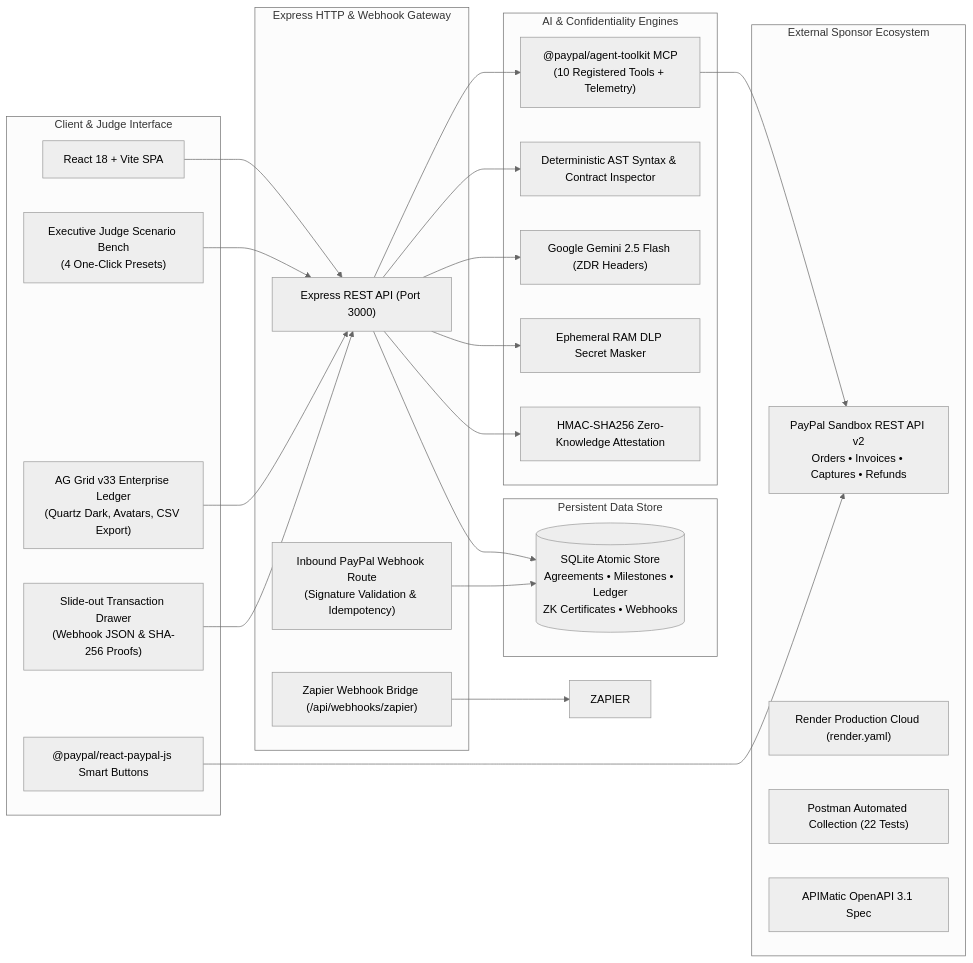
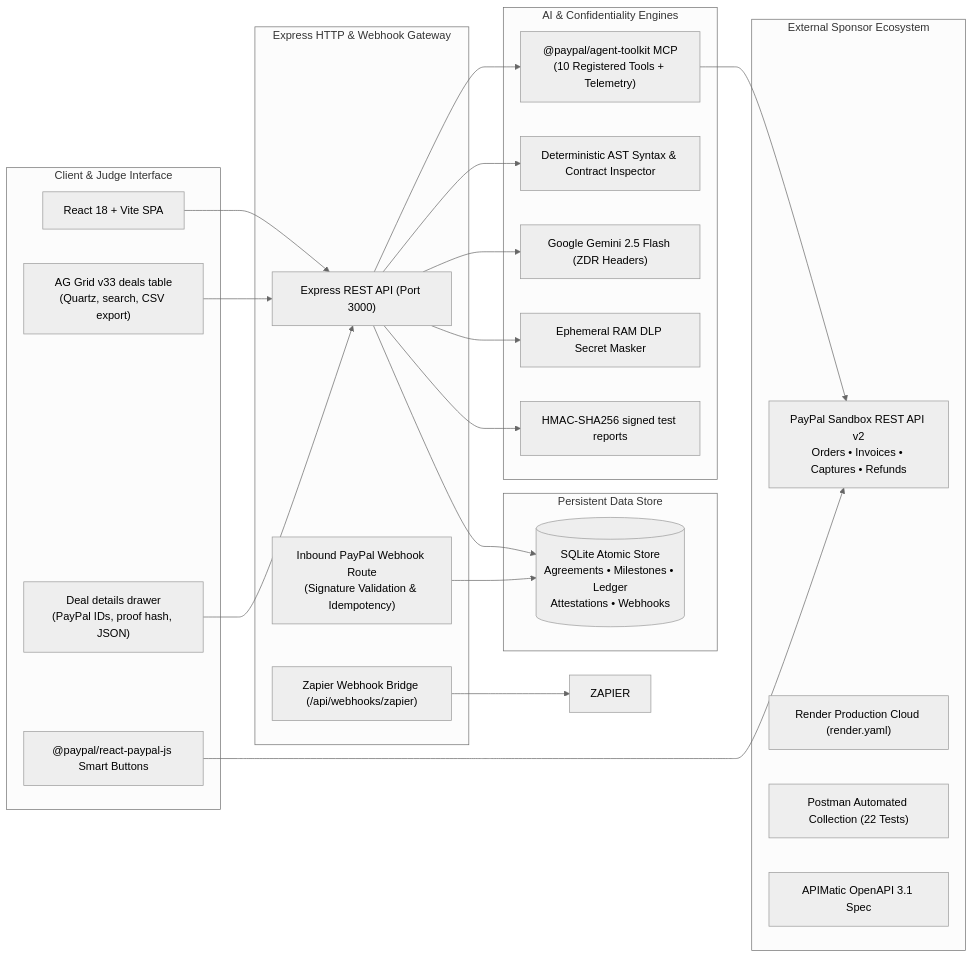
One commit to arispacco/nexuspay-ai changed the second of 2 diagrams in README.md. Above: the diagram before and after it, drawn with Mermaid (neutral theme). The commit also changed other lines of this file and 30 other files, not shown here.

First line of the commit message:
Redesign: guided four-step flow, real two-step PayPal escrow, honest modes

````diff
--- a/README.md
+++ b/README.md
@@ -80,50 +80,48 @@
 ```mermaid
 graph LR
     subgraph Client_Layer ["Client & Judge Interface"]
         UI["React 18 + Vite SPA"]
-        BENCH["Executive Judge Scenario Bench\n(4 One-Click Presets)"]
-        GRID["AG Grid v33 Enterprise Ledger\n(Quartz Dark, Avatars, CSV Export)"]
-        DRAWER["Slide-out Transaction Drawer\n(Webhook JSON & SHA-256 Proofs)"]
+        GRID["AG Grid v33 deals table\n(Quartz, search, CSV export)"]
+        DRAWER["Deal details drawer\n(PayPal IDs, proof hash, JSON)"]
         SDK["@paypal/react-paypal-js Smart Buttons"]
     end
 
     subgraph Gateway_Layer ["Express HTTP & Webhook Gateway"]
         API["Express REST API (Port 3000)"]
         WH_IN["Inbound PayPal Webhook Route\n(Signature Validation & Idempotency)"]
         WH_OUT["Zapier Webhook Bridge (/api/webhooks/zapier)"]
     end
 
     subgraph Intelligence_Layer ["AI & Confidentiality Engines"]
         MCP["@paypal/agent-toolkit MCP\n(10 Registered Tools + Telemetry)"]
         AST["Deterministic AST Syntax & Contract Inspector"]
         GEMINI["Google Gemini 2.5 Flash (ZDR Headers)"]
         DLP["Ephemeral RAM DLP Secret Masker"]
-        ZK["HMAC-SHA256 Zero-Knowledge Attestation"]
+        ZK["HMAC-SHA256 signed test reports"]
     end
 
     subgraph Storage_Layer ["Persistent Data Store"]
-        DB[("SQLite Atomic Store\nAgreements • Milestones • Ledger\nZK Certificates • Webhooks")]
+        DB[("SQLite Atomic Store\nAgreements • Milestones • Ledger\nAttestations • Webhooks")]
     end
 
     subgraph External_Ecosystem ["External Sponsor Ecosystem"]
         PP_API["PayPal Sandbox REST API v2\nOrders • Invoices • Captures • Refunds"]
         RENDER["Render Production Cloud (render.yaml)"]
         POSTMAN["Postman Automated Collection (22 Tests)"]
         APIMATIC["APIMatic OpenAPI 3.1 Spec"]
     end
 
     UI --> API
-    BENCH --> API
     GRID --> API
     DRAWER --> API
     SDK --> PP_API
     API --> MCP
     API --> AST
     API --> GEMINI
     API --> DLP
     API --> ZK
     API --> DB
     WH_IN --> DB
     WH_OUT --> ZAPIER
     MCP --> PP_API
 ```
````
